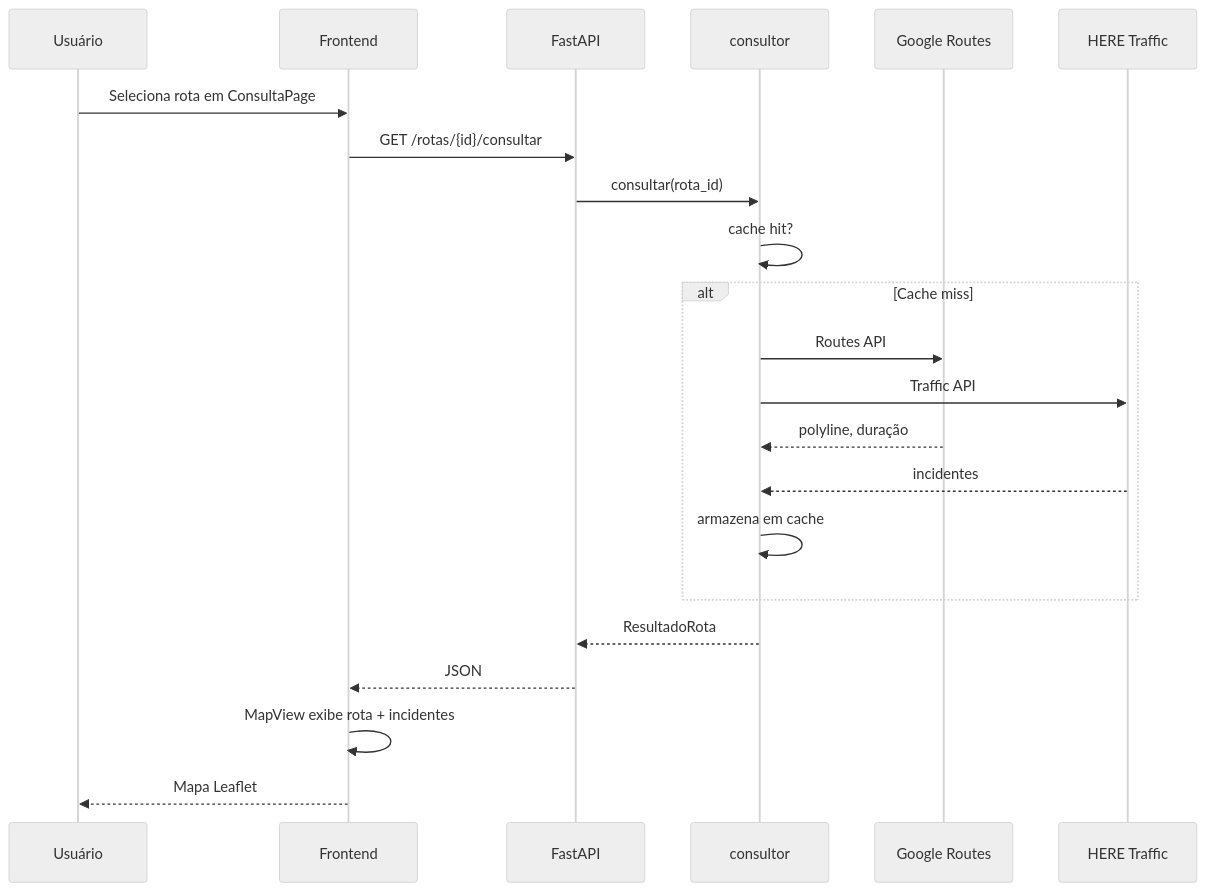
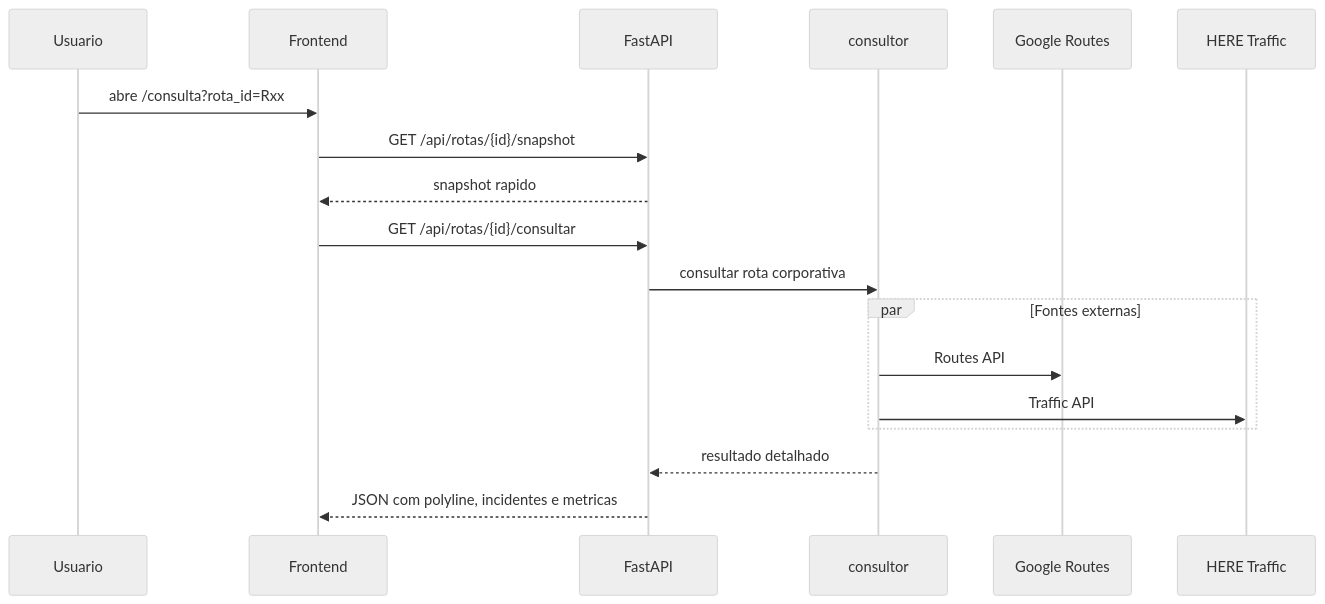
Before and after one commit to Ivaanildo/monitoramento-dinamico: the third of 4 diagrams in docs/arquitetura/02-fluxo-dados.md, drawn with Mermaid (neutral theme). The commit also changed other lines of this file and 12 other files, not shown here.

````diff
--- a/docs/arquitetura/02-fluxo-dados.md
+++ b/docs/arquitetura/02-fluxo-dados.md
@@ -62,25 +57,21 @@
 ```mermaid
 sequenceDiagram
-    participant U as Usuário
+    participant U as Usuario
     participant SPA as Frontend
     participant API as FastAPI
-    participant Consultor as consultor
-    participant Google as Google Routes
-    participant HERE as HERE Traffic
+    participant C as consultor
+    participant G as Google Routes
+    participant H as HERE Traffic
 
-    U->>SPA: Seleciona rota em ConsultaPage
-    SPA->>API: GET /rotas/{id}/consultar
-    API->>Consultor: consultar(rota_id)
-    Consultor->>Consultor: cache hit?
-    alt Cache miss
-        Consultor->>Google: Routes API
-        Consultor->>HERE: Traffic API
-        Google-->>Consultor: polyline, duração
-        HERE-->>Consultor: incidentes
-        Consultor->>Consultor: armazena em cache
+    U->>SPA: abre /consulta?rota_id=Rxx
+    SPA->>API: GET /api/rotas/{id}/snapshot
+    API-->>SPA: snapshot rapido
+    SPA->>API: GET /api/rotas/{id}/consultar
+    API->>C: consultar rota corporativa
+    par Fontes externas
+        C->>G: Routes API
+        C->>H: Traffic API
     end
-    Consultor-->>API: ResultadoRota
-    API-->>SPA: JSON
-    SPA->>SPA: MapView exibe rota + incidentes
-    SPA-->>U: Mapa Leaflet
+    C-->>API: resultado detalhado
+    API-->>SPA: JSON com polyline, incidentes e metricas
 ```
````
